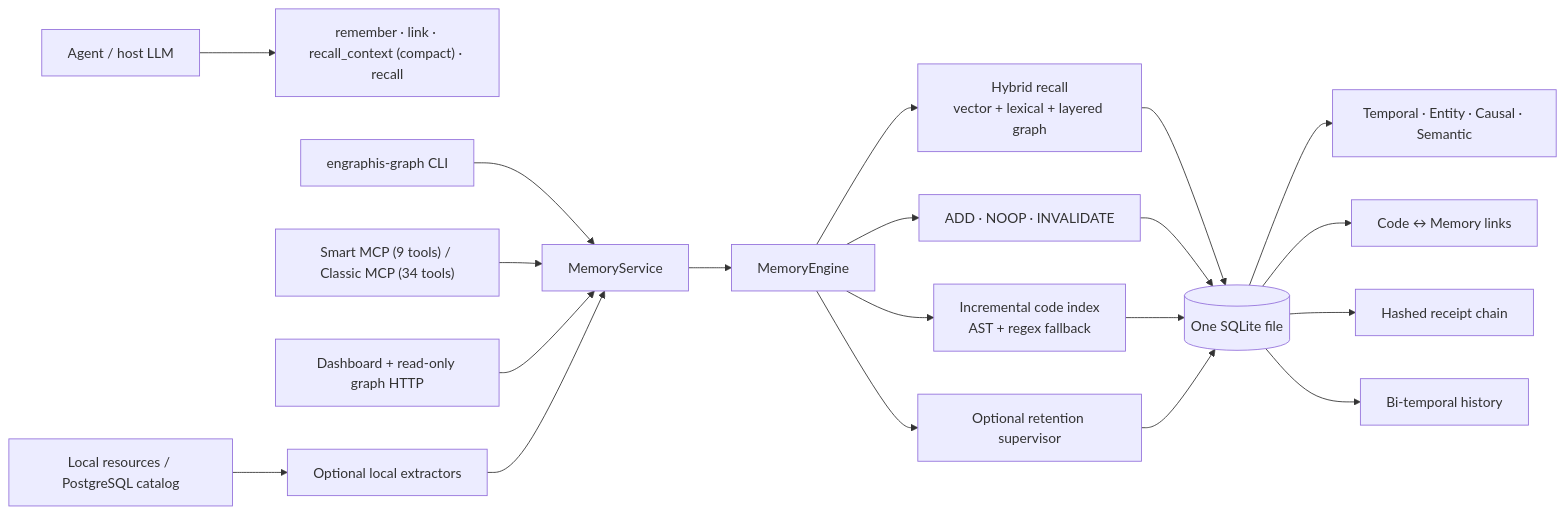
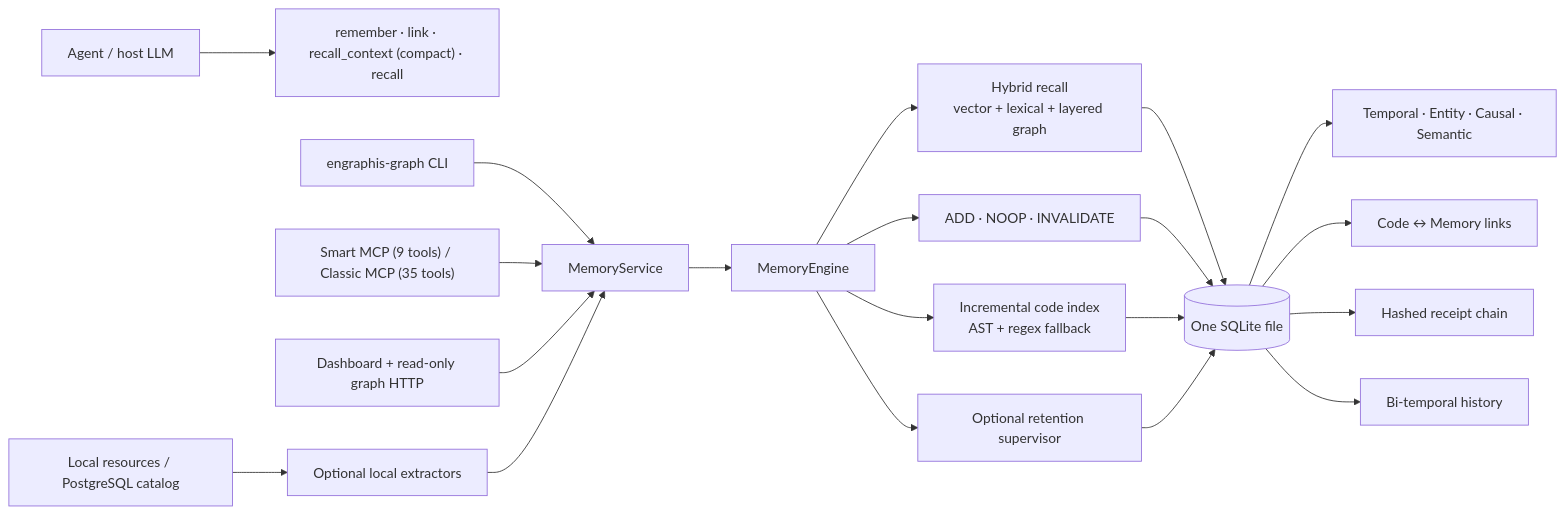
The diagram in docs/ARCHITECTURE_V3.md (Coding-Dev-Tools/engraphis), drawn with Mermaid before and after one commit. The commit also changed 14 other files, not shown here.

````diff
--- a/docs/ARCHITECTURE_V3.md
+++ b/docs/ARCHITECTURE_V3.md
@@ -7,25 +7,25 @@
 ```mermaid
 flowchart LR
     Agent["Agent / host LLM"] --> Intent["remember · link · recall_context (compact) · recall"]
     CLI["engraphis-graph CLI"] --> Service["MemoryService"]
-    MCP["Smart MCP (9 tools) / Classic MCP (34 tools)"] --> Service
+    MCP["Smart MCP (9 tools) / Classic MCP (35 tools)"] --> Service
     HTTP["Dashboard + read-only graph HTTP"] --> Service
     Import["Local resources / PostgreSQL catalog"] --> Extractors["Optional local extractors"]
     Extractors --> Service
 
     Service --> Engine["MemoryEngine"]
     Engine --> Recall["Hybrid recall\nvector + lexical + layered graph"]
     Engine --> Resolver["ADD · NOOP · INVALIDATE"]
     Engine --> Code["Incremental code index\nAST + regex fallback"]
     Engine --> Retention["Optional retention supervisor"]
 
     Recall --> SQLite[("One SQLite file")]
     Resolver --> SQLite
     Code --> SQLite
     Retention --> SQLite
 
     SQLite --> Layers["Temporal · Entity · Causal · Semantic"]
     SQLite --> Bridge["Code ↔ Memory links"]
     SQLite --> Receipts["Hashed receipt chain"]
     SQLite --> History["Bi-temporal history"]
 ```
````
